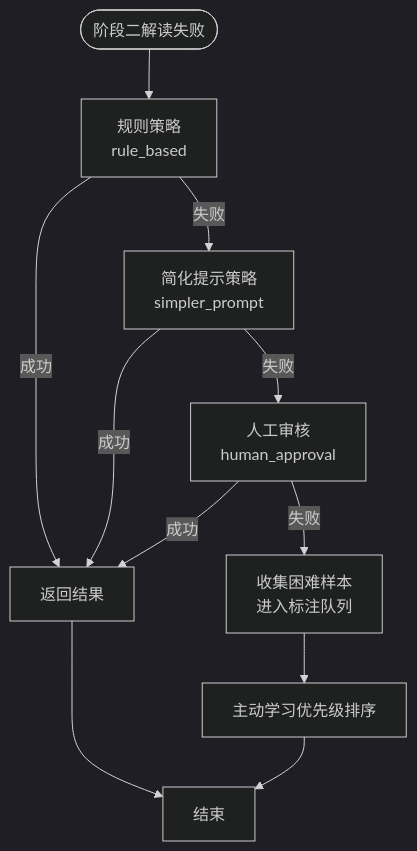
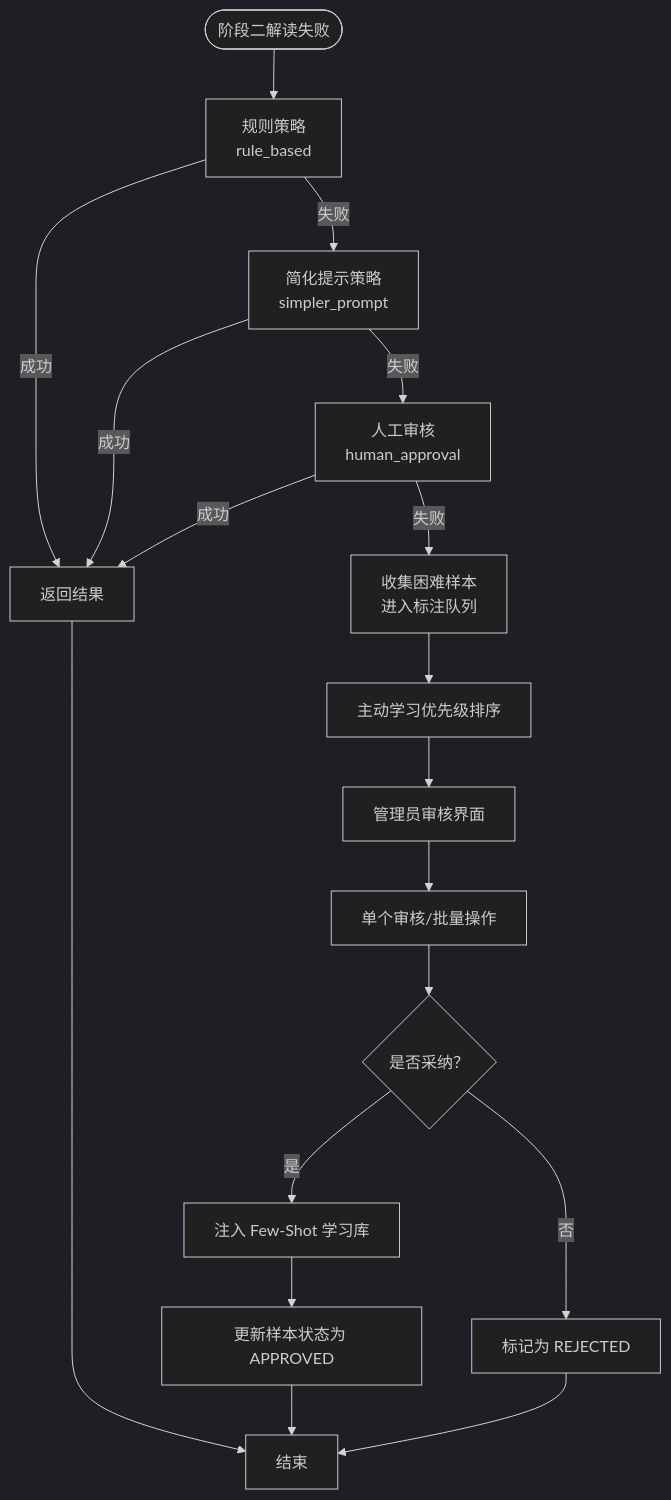
One commit to dgjin/smart-data-analytics changed diagram 16 of 16 in .qoder/repowiki/zh/content/系统架构/核心组件详解/查询处理引擎/查询处理引擎.md. Above: the diagram before and after it, drawn with Mermaid (dark theme). The commit also changed other lines of this file and 100 other files, not shown here.

````diff
--- a/.qoder/repowiki/zh/content/系统架构/核心组件详解/查询处理引擎/查询处理引擎.md
+++ b/.qoder/repowiki/zh/content/系统架构/核心组件详解/查询处理引擎/查询处理引擎.md
@@ -579,13 +800,20 @@
 ```mermaid
 flowchart TD
 Start(["阶段二解读失败"]) --> Rule["规则策略<br/>rule_based"]
 Rule --> |成功| Success["返回结果"]
 Rule --> |失败| Simpler["简化提示策略<br/>simpler_prompt"]
 Simpler --> |成功| Success
 Simpler --> |失败| Human["人工审核<br/>human_approval"]
 Human --> |成功| Success
 Human --> |失败| Collect["收集困难样本<br/>进入标注队列"]
 Collect --> Priority["主动学习优先级排序"]
-Priority --> End["结束"]
+Priority --> Admin["管理员审核界面"]
+Admin --> Review["单个审核/批量操作"]
+Review --> Approved{"是否采纳？"}
+Approved --> |是| Inject["注入 Few-Shot 学习库"]
+Approved --> |否| Rejected["标记为 REJECTED"]
+Inject --> Update["更新样本状态为 APPROVED"]
+Rejected --> End["结束"]
+Update --> End
 Success --> End
 ```
````
